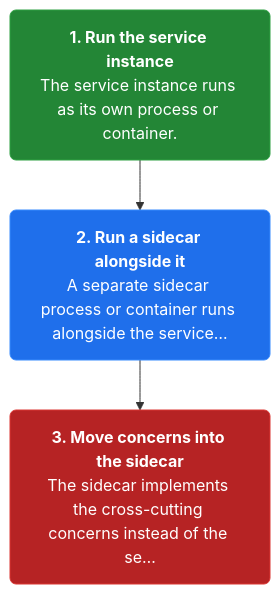
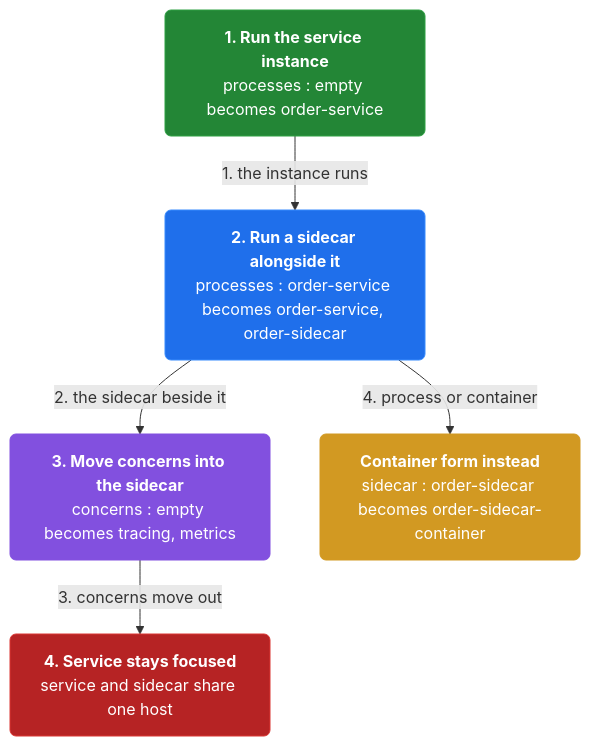
The first of 4 diagrams in docs/ch42-sidecar.md (vinayakuber/microservices-io-study-guide), drawn with Mermaid before and after one commit. The commit also changed other lines of this file and 46 other files, not shown here.

First line of the commit message:
Author rich branching flow diagrams for all 44 chapters

````diff
--- a/docs/ch42-sidecar.md
+++ b/docs/ch42-sidecar.md
@@ -13,11 +13,17 @@
 ```mermaid
 flowchart TD
-  classDef step fill:#1f6feb,color:#ffffff,stroke:#388bfd,stroke-width:1px,rx:6
+  classDef step fill:#1f6feb,color:#ffffff,stroke:#388bfd,rx:6
+  classDef core fill:#8250df,color:#ffffff,stroke:#8250df,rx:6
+  classDef warn fill:#d29922,color:#ffffff,stroke:#d29922,rx:6
   classDef start fill:#238636,color:#ffffff,stroke:#2ea043,rx:6
   classDef stop fill:#b62324,color:#ffffff,stroke:#da3633,rx:6
-  s0n0["<b>1. Run the service instance</b><br/>The service instance runs as its own process or container."]:::start
-  s0n1["<b>2. Run a sidecar alongside it</b><br/>A separate sidecar process or container runs alongside the service…"]:::step
-  s0n2["<b>3. Move concerns into the sidecar</b><br/>The sidecar implements the cross-cutting concerns instead of the se…"]:::stop
-  s0n0 --> s0n1
-  s0n1 --> s0n2
+  n0["<b>1. Run the service instance</b><br/>processes : empty becomes order-service"]:::start
+  n1["<b>2. Run a sidecar alongside it</b><br/>processes : order-service becomes order-service, order-sidecar"]:::step
+  n2["<b>3. Move concerns into the sidecar</b><br/>concerns : empty becomes tracing, metrics"]:::core
+  n3["<b>4. Service stays focused</b><br/>service and sidecar share one host"]:::stop
+  n4["<b>Container form instead</b><br/>sidecar : order-sidecar becomes order-sidecar-container"]:::warn
+  n0 -->|"1. the instance runs"| n1
+  n1 -->|"2. the sidecar beside it"| n2
+  n2 -->|"3. concerns move out"| n3
+  n1 -->|"4. process or container"| n4
 ```
````
